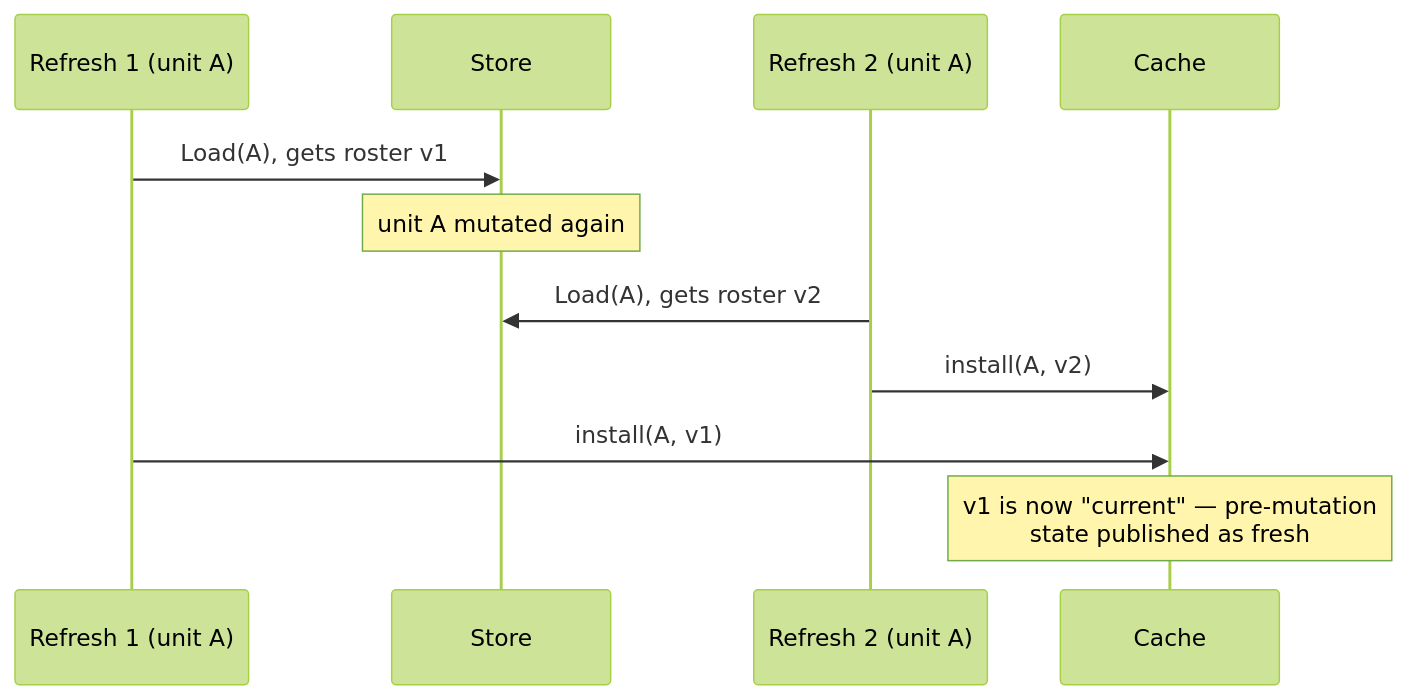
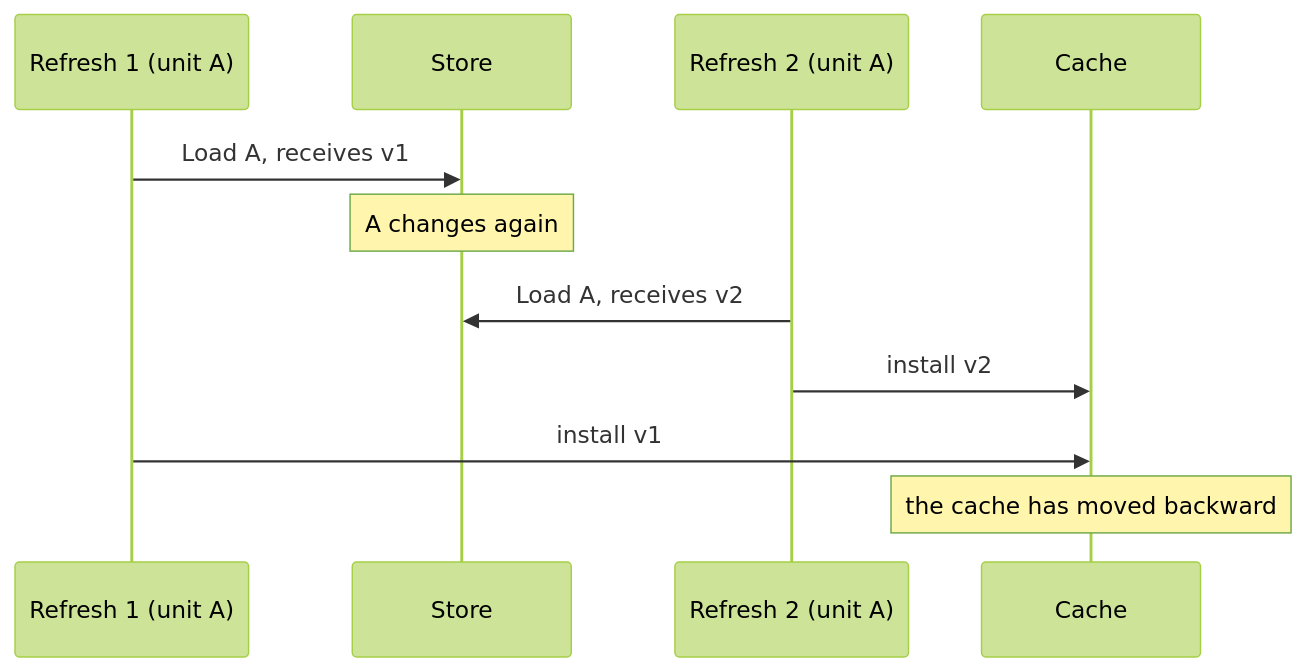
The first of 2 diagrams in _posts/2026-08-14-a-cache-that-distrusted-itself.md (nobelk/nobelk.github.io), drawn with Mermaid (forest theme) before and after one commit. The commit also changed other lines of this file, not shown here.

````diff
--- a/_posts/2026-08-14-a-cache-that-distrusted-itself.md
+++ b/_posts/2026-08-14-a-cache-that-distrusted-itself.md
@@ -132,14 +118,14 @@
 ```mermaid
 sequenceDiagram
     participant R1 as Refresh 1 (unit A)
     participant DB as Store
     participant R2 as Refresh 2 (unit A)
     participant C as Cache
 
-    R1->>DB: Load(A), gets roster v1
-    Note over DB: unit A mutated again
-    R2->>DB: Load(A), gets roster v2
-    R2->>C: install(A, v2)
-    R1->>C: install(A, v1)
-    Note over C: v1 is now "current" — pre-mutation<br/>state published as fresh
+    R1->>DB: Load A, receives v1
+    Note over DB: A changes again
+    R2->>DB: Load A, receives v2
+    R2->>C: install v2
+    R1->>C: install v1
+    Note over C: the cache has moved backward
 ```
````
